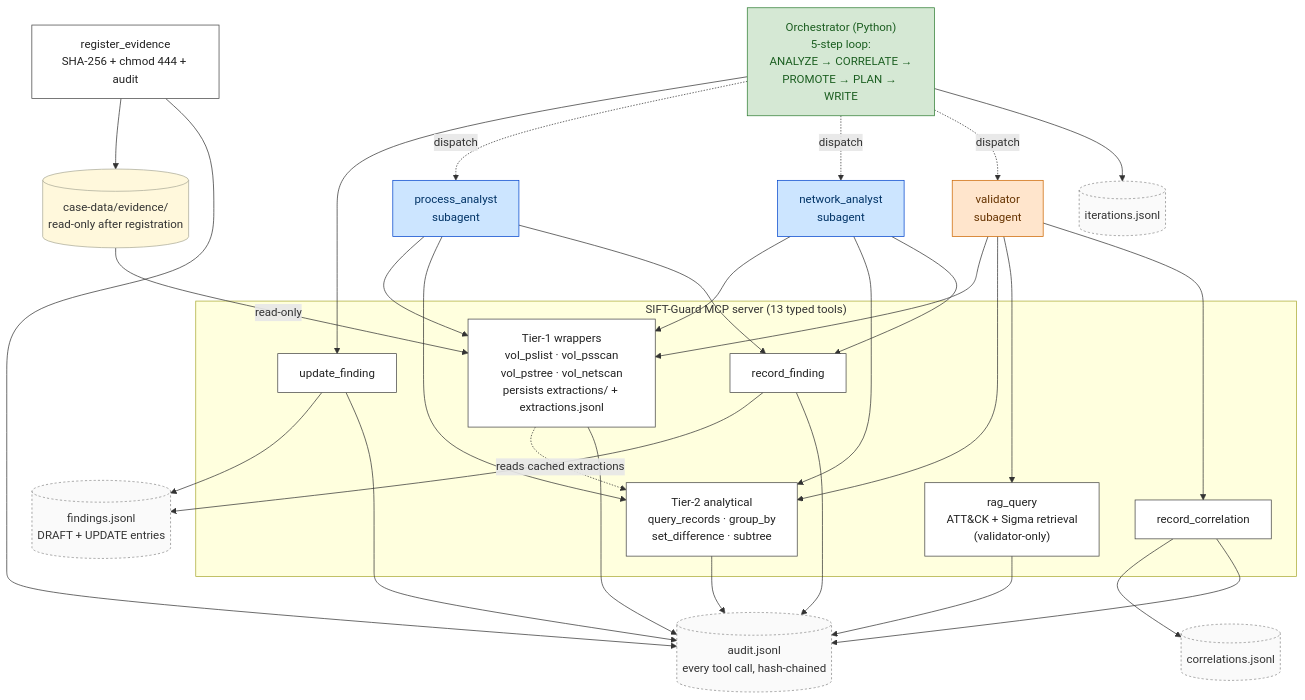
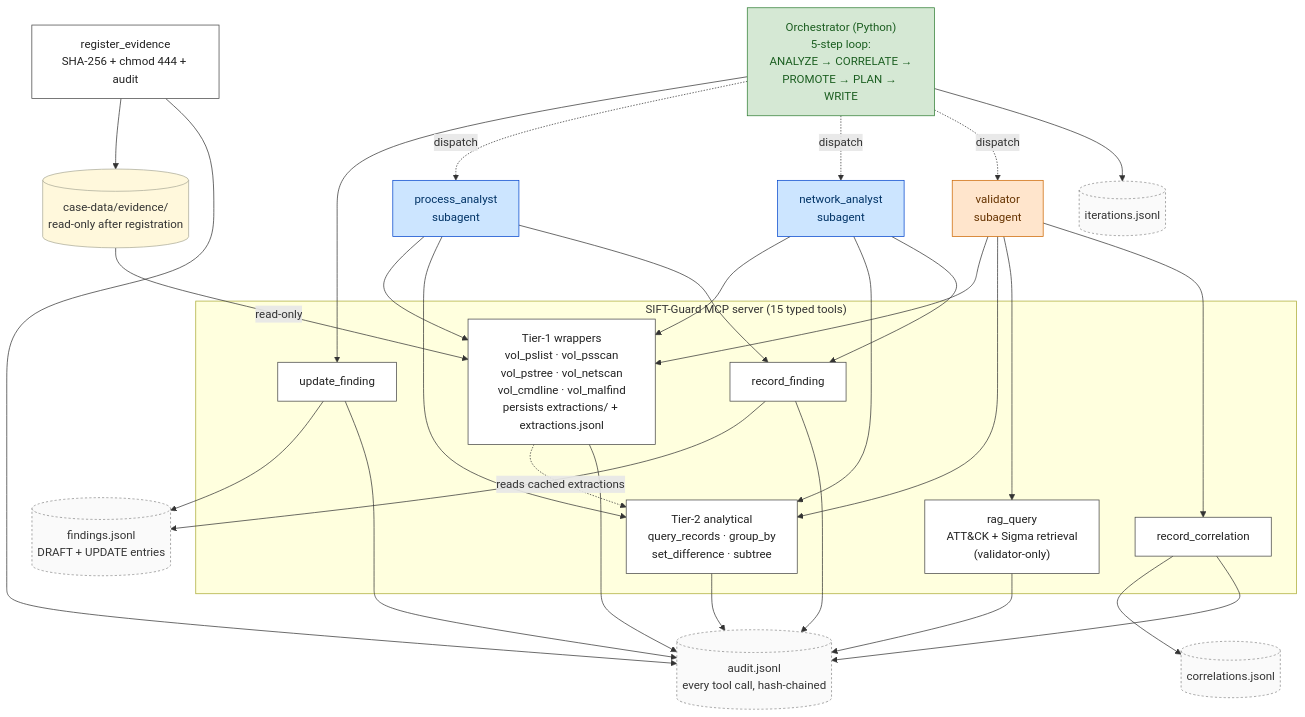
Before and after one commit to chang6chang/SIFT-Guard: the diagram in README.md, drawn with Mermaid. The commit also changed other lines of this file and 14 other files, not shown here.

First line of the commit message:
feat(tools): add vol_cmdline + vol_malfind tier-1 wrappers (15 MCP tools)

````diff
--- a/README.md
+++ b/README.md
@@ -24,82 +24,82 @@
 ```mermaid
 flowchart TD
     %% --- Inputs ---
     Reg["register_evidence<br/>SHA-256 + chmod 444 + audit"]
     EvDir[("case-data/evidence/<br/>read-only after registration")]
     Reg --> EvDir
 
     %% --- MCP server tools ---
-    subgraph MCP["SIFT-Guard MCP server (13 typed tools)"]
-        Tier1["Tier-1 wrappers<br/>vol_pslist · vol_psscan<br/>vol_pstree · vol_netscan<br/>persists extractions/ + extractions.jsonl"]
+    subgraph MCP["SIFT-Guard MCP server (15 typed tools)"]
+        Tier1["Tier-1 wrappers<br/>vol_pslist · vol_psscan<br/>vol_pstree · vol_netscan<br/>vol_cmdline · vol_malfind<br/>persists extractions/ + extractions.jsonl"]
         Tier2["Tier-2 analytical<br/>query_records · group_by<br/>set_difference · subtree"]
         RAG["rag_query<br/>ATT&CK + Sigma retrieval<br/>(validator-only)"]
         RecF["record_finding"]
         RecC["record_correlation"]
         UpdF["update_finding"]
     end
 
     EvDir -->|read-only| Tier1
     Tier1 -.->|reads cached extractions| Tier2
 
     %% --- Subagents + orchestrator ---
     PA["process_analyst<br/>subagent"]
     NA["network_analyst<br/>subagent"]
     Val["validator<br/>subagent"]
     Orch["Orchestrator (Python)<br/>5-step loop:<br/>ANALYZE → CORRELATE →<br/>PROMOTE → PLAN → WRITE"]
 
     %% Read paths.
     PA --> Tier1
     PA --> Tier2
     NA --> Tier1
     NA --> Tier2
     Val --> Tier1
     Val --> Tier2
 
     %% RAG retrieval: validator-only by frontmatter restriction.
     Val --> RAG
 
     %% Write paths — role-restricted by frontmatter + schema.
     PA --> RecF
     NA --> RecF
     Val --> RecC
     Orch --> UpdF
 
     %% Control: orchestrator dispatches subagents.
     Orch -.->|dispatch| PA
     Orch -.->|dispatch| NA
     Orch -.->|dispatch| Val
 
     %% --- Chains ---
     Findings[("findings.jsonl<br/>DRAFT + UPDATE entries")]
     Corrs[("correlations.jsonl")]
     Iters[("iterations.jsonl")]
     Audit[("audit.jsonl<br/>every tool call, hash-chained")]
 
     RecF --> Findings
     UpdF --> Findings
     RecC --> Corrs
     Orch --> Iters
 
     Reg --> Audit
     Tier1 --> Audit
     Tier2 --> Audit
     RAG --> Audit
     RecF --> Audit
     RecC --> Audit
     UpdF --> Audit
 
     %% --- Per-writer-role coloring ---
     classDef analyst fill:#cce5ff,stroke:#0044cc,color:#003366
     classDef validator fill:#ffe5cc,stroke:#cc6600,color:#663300
     classDef orchestrator fill:#d5e8d4,stroke:#2e7d32,color:#1b5e20
     classDef chain fill:#fafafa,stroke:#888,stroke-dasharray:3 3,color:#333
     classDef storage fill:#fff8dc,stroke:#aa9,color:#333
     classDef tool fill:#ffffff,stroke:#444,color:#222
 
     class PA,NA analyst
     class Val validator
     class Orch orchestrator
     class Findings,Corrs,Iters,Audit chain
     class EvDir storage
     class Reg,Tier1,Tier2,RAG,RecF,RecC,UpdF tool
 ```
````
